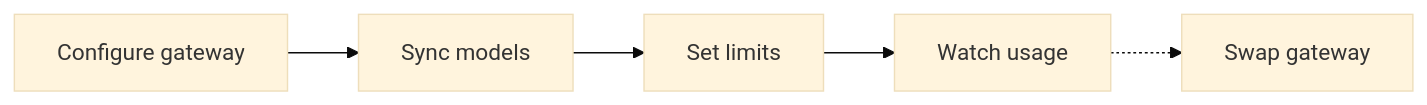
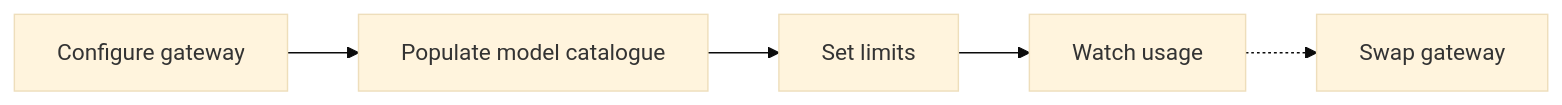
The third of 5 diagrams in docs/docs/specs/2026-10-10-byo-llm-gateway-budgets-quotas/spec.md (cnoe-io/ai-platform-engineering), drawn with Mermaid (base theme) before and after one commit. The commit also changed other lines of this file and 4 other files, not shown here.

Commit message:
docs(llm-gateway): clarify adapter management and model sync

````diff
--- a/docs/docs/specs/2026-10-10-byo-llm-gateway-budgets-quotas/spec.md
+++ b/docs/docs/specs/2026-10-10-byo-llm-gateway-budgets-quotas/spec.md
@@ -86,4 +86,4 @@
 ```mermaid
 flowchart LR
-  a["Configure gateway"] --> b["Sync models"] --> c["Set limits"] --> d["Watch usage"] -.-> e["Swap gateway"]
+  a["Configure gateway"] --> b["Populate model catalogue"] --> c["Set limits"] --> d["Watch usage"] -.-> e["Swap gateway"]
 ```
````
